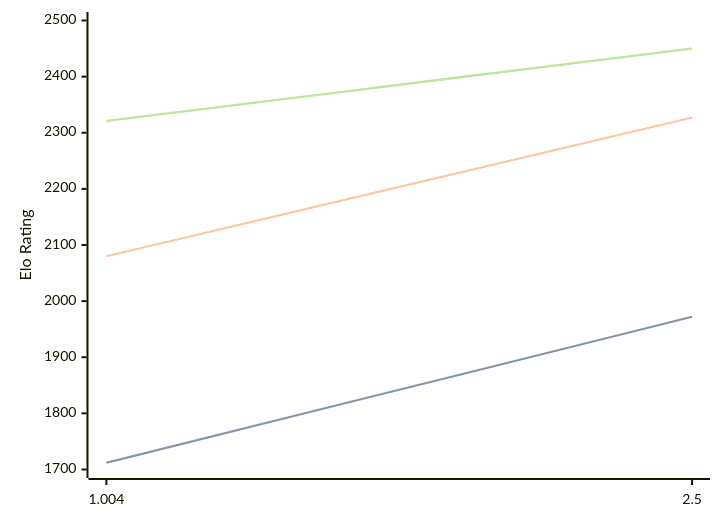
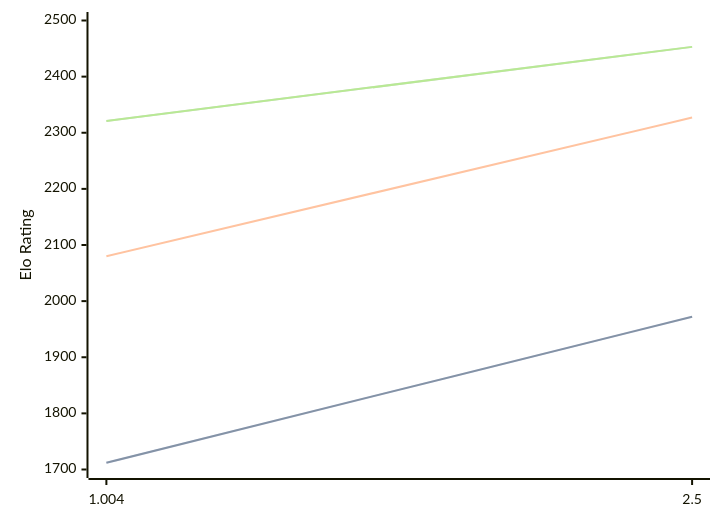
One commit to computer-chess-index/cci changed the diagram in engines/Ares.md. Above: the diagram before and after it, drawn with Mermaid. The commit also changed other lines of this file, not shown here.

Commit message:
Update CCI Ratings (ELO VLTC) - 2026-10-02

````diff
--- a/engines/Ares.md
+++ b/engines/Ares.md
@@ -32,11 +32,11 @@
 ```mermaid
 %%{init: {"theme":"base","themeVariables":{"seriesColors:['#a3a3a3','#222221','#faa371']}}}%%
 xychart-beta
   x-axis ["1.004", "2.5"]
   y-axis "Elo Rating" 1700 --> 2500
   line "" [1712, 1972]
   line "STC (8.0+0.08s)" [1712, 1972]
   line "LTC (60.0+0.60s)" [2080, 2327]
-  line "" [2321, 2450]
-  line "VLTC (2m24s+1.12s)" [2321, 2450]
+  line "" [2321, 2453]
+  line "VLTC (2m24s+1.12s)" [2321, 2453]
 ```
````
